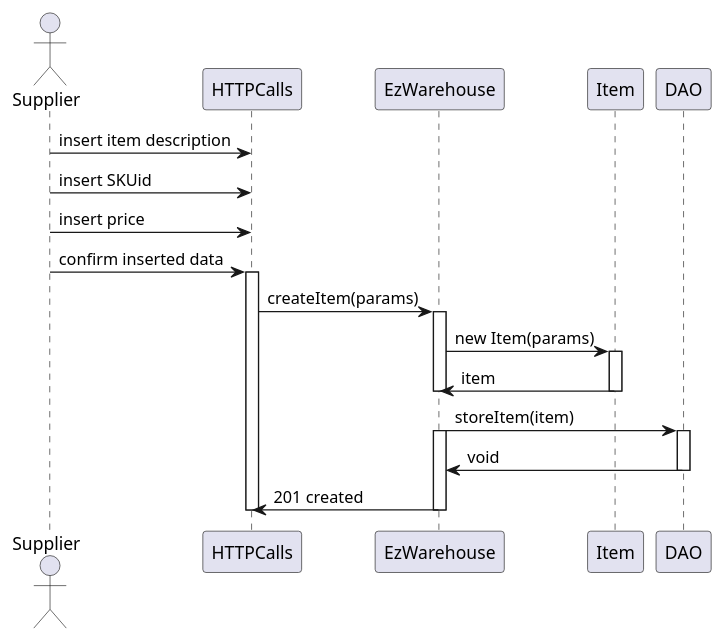
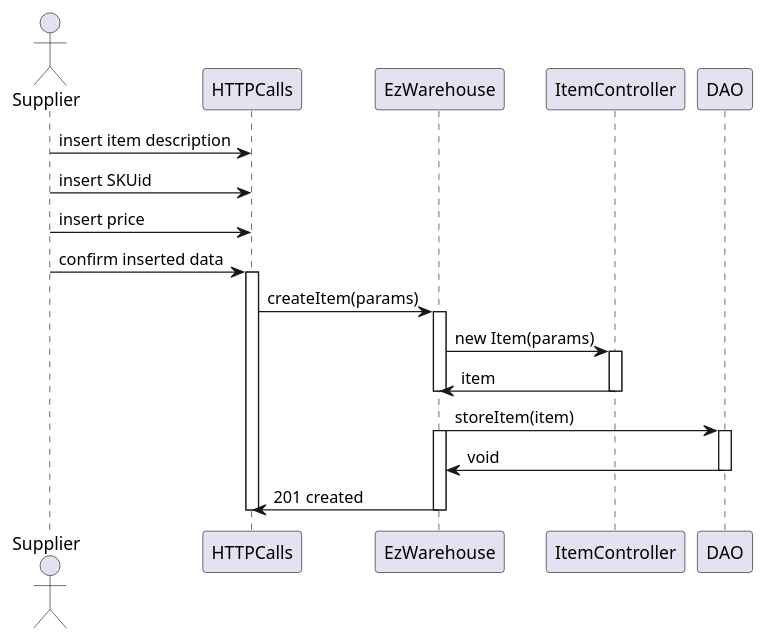
Diagram 18 of 19 in DesignDocument.md (DavideArcolini/SoftEng_garbageCollector), drawn with PlantUML before and after one commit. The commit also changed other lines of this file and 5 other files, not shown here.

````diff
--- a/DesignDocument.md
+++ b/DesignDocument.md
@@ -1232,30 +1237,30 @@
 ```plantuml
 actor Supplier as S
 participant HTTPCalls as H
 participant EzWarehouse as ezwh
-participant Item as I
+participant ItemController as I
 participant DAO as DAO
 
 S -> H : insert item description
 S -> H : insert SKUid
 S -> H : insert price
 S -> H : confirm inserted data
 activate H
 H -> ezwh : createItem(params)
 
 activate ezwh
 ezwh -> I : new Item(params)
 activate I
 I -> ezwh : item
 deactivate I
 deactivate ezwh
 
 ezwh -> DAO : storeItem(item)
 activate DAO
 activate ezwh
 DAO -> ezwh : void
 deactivate DAO
 ezwh -> H : 201 created
 deactivate ezwh
 deactivate H
 ```
````
